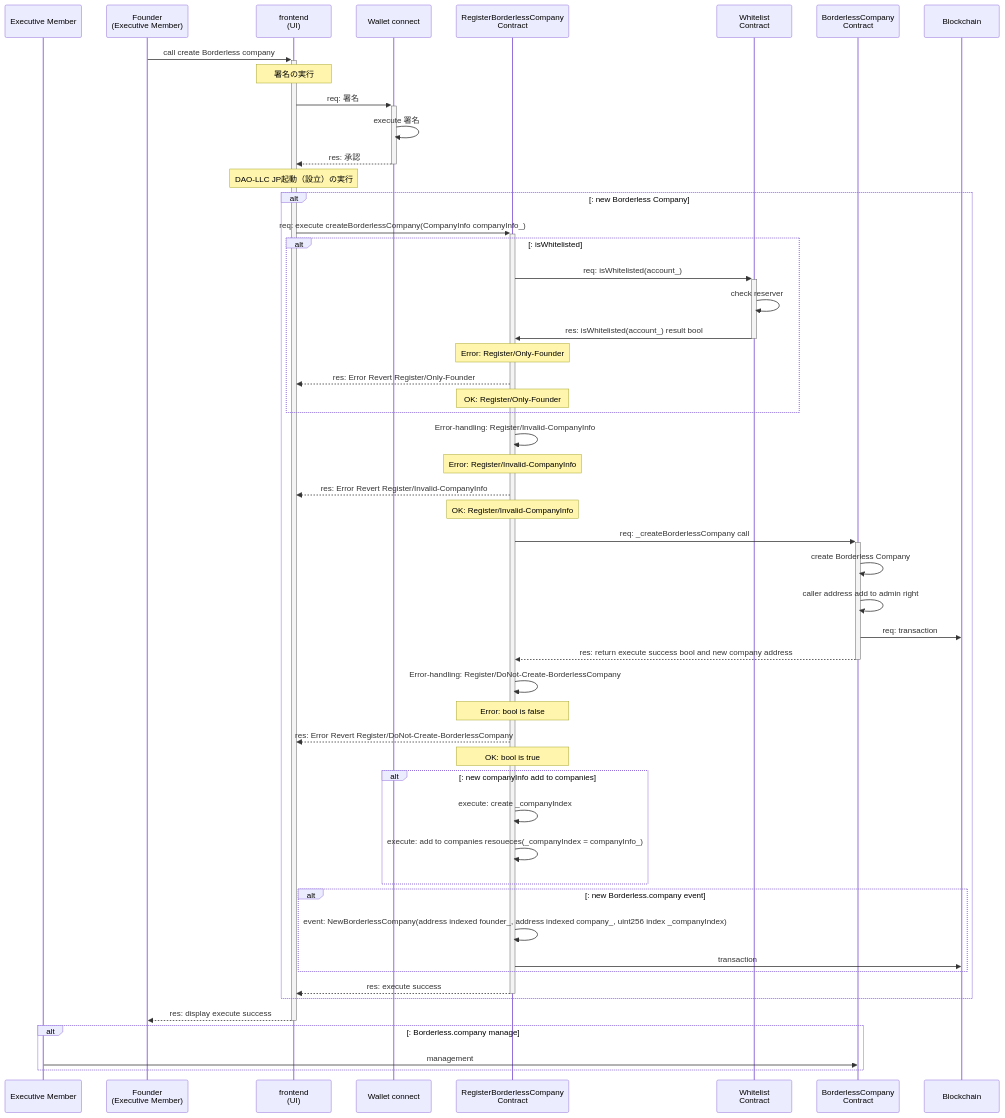
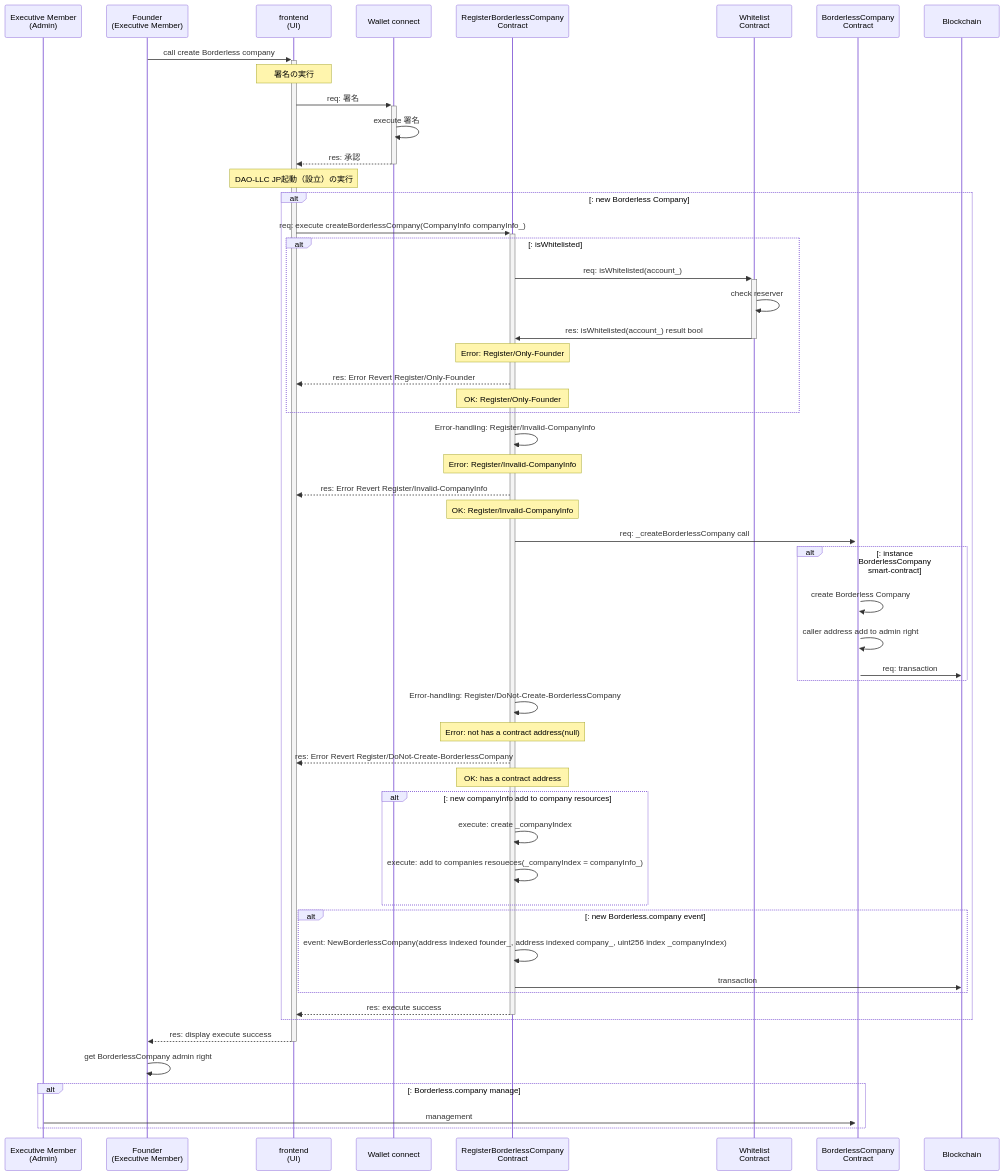
One commit to Borderless-company/Borderless-Contract changed the third of 3 diagrams in docs/contracts/1.RegisterBorderlessCompany/1.RegisterBorderlessCompany.index.md. Above: the diagram before and after it, drawn with Mermaid. The commit also changed 2 other files, not shown here.

Commit message:
update RegisterBorderlessCompany.sol document

````diff
--- a/docs/contracts/1.RegisterBorderlessCompany/1.RegisterBorderlessCompany.index.md
+++ b/docs/contracts/1.RegisterBorderlessCompany/1.RegisterBorderlessCompany.index.md
@@ -284,66 +284,69 @@
 ```mermaid
     sequenceDiagram
-        participant EM as Executive Member
+        participant EM as Executive Member<br/>(Admin)
         participant FD as Founder<br/>(Executive Member)
         participant UI as frontend<br/>(UI)
         participant WC as Wallet connect
         participant RTC as RegisterBorderlessCompany<br/>Contract
         participant WL as Whitelist<br/>Contract
         participant BLC as BorderlessCompany<br/>Contract
         participant BC as Blockchain
 
         FD ->>+ UI: call create Borderless company
         Note over UI: 署名の実行
         UI ->>+ WC: req: 署名
         WC ->> WC: execute 署名
         WC -->>- UI: res: 承認
 
         Note over UI: DAO-LLC JP起動（設立）の実行
         alt: new Borderless Company
         UI ->>+ RTC: req: execute createBorderlessCompany(CompanyInfo companyInfo_)
 
         alt: isWhitelisted
         RTC ->>+ WL: req: isWhitelisted(account_)
         WL ->> WL: check reserver
         WL ->>- RTC: res: isWhitelisted(account_) result bool
 
         Note over RTC: Error: Register/Only-Founder
         RTC -->> UI: res: Error Revert Register/Only-Founder
         Note over RTC: OK: Register/Only-Founder
         end
 
         RTC ->> RTC: Error-handling: Register/Invalid-CompanyInfo
 
         Note over RTC: Error: Register/Invalid-CompanyInfo
         RTC -->> UI: res: Error Revert Register/Invalid-CompanyInfo
         Note over RTC: OK: Register/Invalid-CompanyInfo
 
+
         RTC ->>+ BLC: req: _createBorderlessCompany call
+        alt: instance BorderlessCompany smart-contract
         BLC ->> BLC: create Borderless Company
         BLC ->> BLC: caller address add to admin right
         BLC ->> BC: req: transaction
-        BLC -->>- RTC: res: return execute success bool and new company address
+        end
 
         RTC ->> RTC: Error-handling: Register/DoNot-Create-BorderlessCompany
 
-        Note over RTC: Error: bool is false
+        Note over RTC: Error: not has a contract address(null)
         RTC -->> UI: res: Error Revert Register/DoNot-Create-BorderlessCompany
-        Note over RTC: OK: bool is true
+        Note over RTC: OK: has a contract address
 
-        alt: new companyInfo add to companies
+        alt: new companyInfo add to company resources
         RTC ->> RTC: execute: create _companyIndex
         RTC ->> RTC: execute: add to companies resoueces(_companyIndex = companyInfo_)
         end
 
         alt: new Borderless.company event
         RTC ->> RTC: event: NewBorderlessCompany(address indexed founder_, address indexed company_, uint256 index _companyIndex)
         RTC ->> BC: transaction
         end
         RTC -->>- UI: res: execute success
         end
         UI -->>- FD: res: display execute success
+        FD ->> FD: get BorderlessCompany admin right
 
         alt: Borderless.company manage
         EM ->> BLC: management
         end
 ```
````
